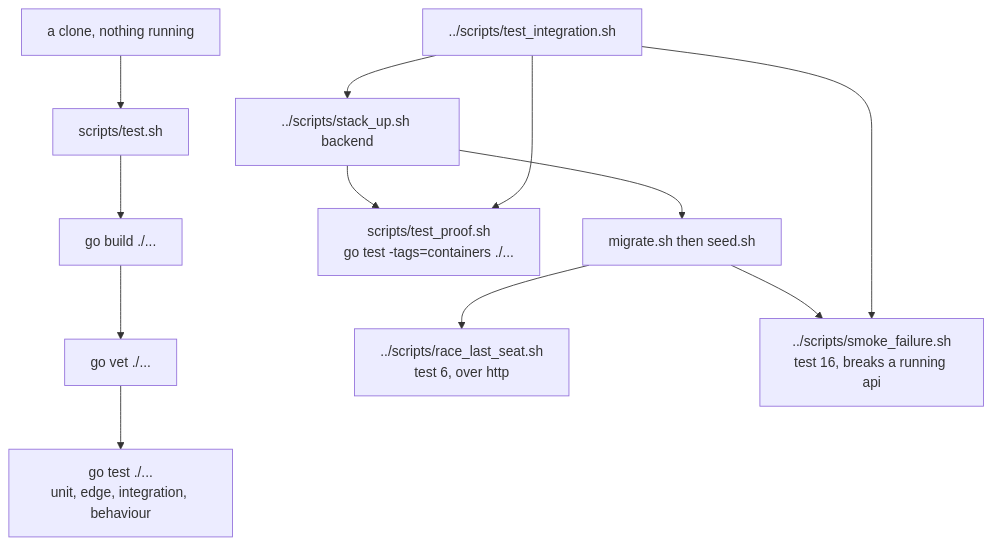
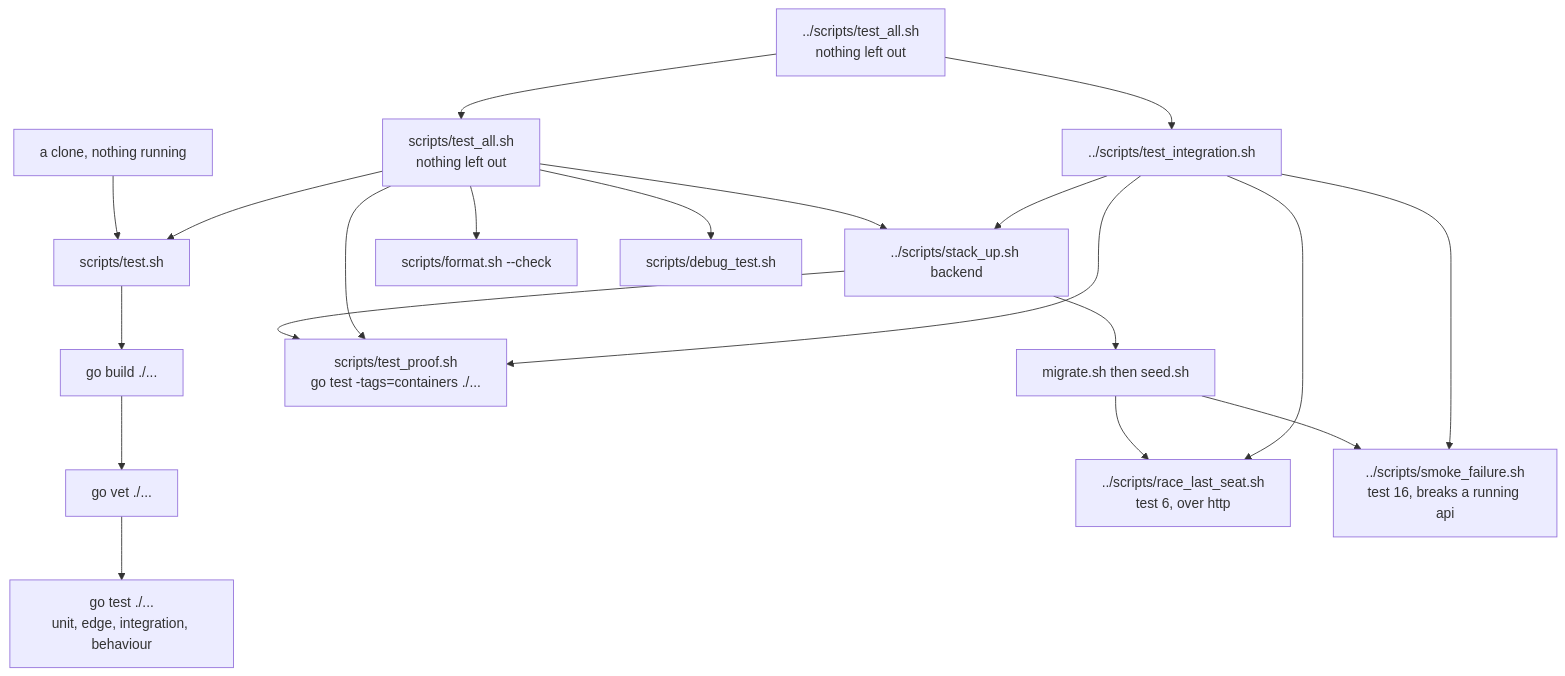
The first of 16 diagrams in backend/tests-and-diagram.md (prothegee/ottodot-trial-booking_seat), drawn with Mermaid before and after one commit. The commit also changed other lines of this file, not shown here.

Commit message:
add a numbered reading under each diagram

````diff
--- a/backend/tests-and-diagram.md
+++ b/backend/tests-and-diagram.md
@@ -14,16 +14,26 @@
 ```mermaid
 flowchart TD
     dev["a clone, nothing running"] --> fast["scripts/test.sh"]
     fast --> build["go build ./..."]
     build --> vet["go vet ./..."]
     vet --> four["go test ./...<br/>unit, edge, integration, behaviour"]
 
     up["../scripts/stack_up.sh backend"] --> proof["scripts/test_proof.sh<br/>go test -tags=containers ./..."]
     up --> seeded["migrate.sh then seed.sh"]
     seeded --> race["../scripts/race_last_seat.sh<br/>test 6, over http"]
     seeded --> broke["../scripts/smoke_failure.sh<br/>test 16, breaks a running api"]
 
+    every["scripts/test_all.sh<br/>nothing left out"] --> format["scripts/format.sh --check"]
+    every --> fast
+    every --> guards["scripts/debug_test.sh"]
+    every --> up
+    every --> proof
+
     all["../scripts/test_integration.sh"] --> up
     all --> proof
+    all --> race
     all --> broke
+
+    repo["../scripts/test_all.sh<br/>nothing left out"] --> every
+    repo --> all
 ```
````
